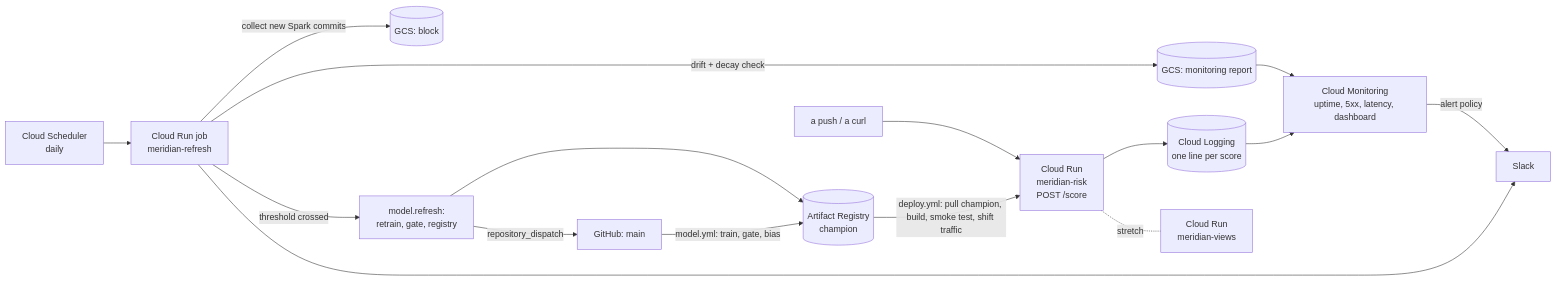
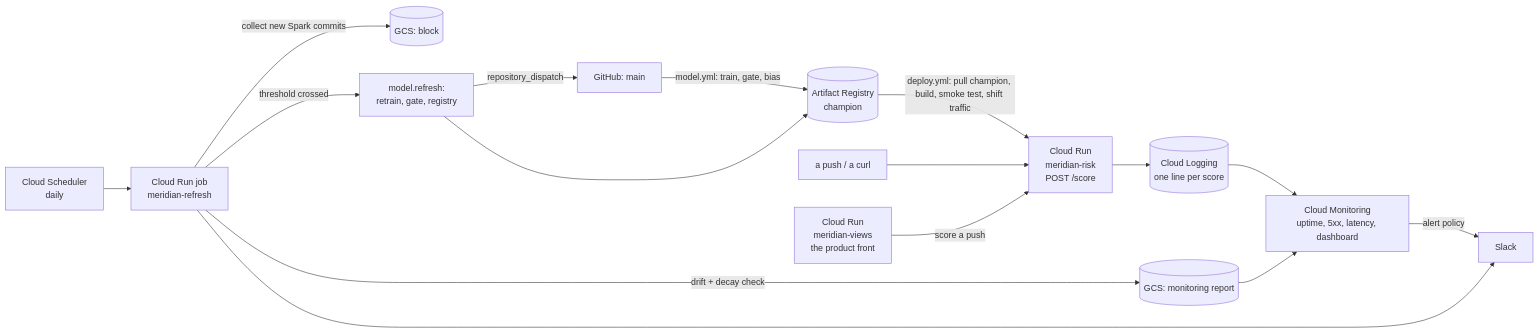
Before and after one commit to Itsme-aniketghosh/Meridian: the first of 2 diagrams in Model-Deployment/PLAN.md, drawn with Mermaid. The commit also changed other lines of this file and 6 other files, not shown here.

Commit message:
Phase 3 for the ML Expo (Dec 8): the views and a product front become required (S9, S11), a canary step, an SLO and cost panel, the demo script and rehearsals; S6 moves to Rochan, C2 after the expo

````diff
--- a/Model-Deployment/PLAN.md
+++ b/Model-Deployment/PLAN.md
@@ -39,18 +39,18 @@
 ```mermaid
 flowchart LR
   gh["GitHub: main"] -->|model.yml: train, gate, bias| reg[("Artifact Registry<br/>champion")]
   reg -->|deploy.yml: pull champion, build, smoke test, shift traffic| risk["Cloud Run<br/>meridian-risk<br/>POST /score"]
   push["a push / a curl"] --> risk
   risk --> logs[("Cloud Logging<br/>one line per score")]
   sched["Cloud Scheduler<br/>daily"] --> job["Cloud Run job<br/>meridian-refresh"]
   job -->|collect new Spark commits| blk[("GCS: block")]
   job -->|drift + decay check| mon[("GCS: monitoring report")]
   job -->|threshold crossed| retrain["model.refresh:<br/>retrain, gate, registry"]
   retrain --> reg
   retrain -->|repository_dispatch| gh
   logs --> cm["Cloud Monitoring<br/>uptime, 5xx, latency, dashboard"]
   mon --> cm
   cm -->|alert policy| slack["Slack"]
   job --> slack
-  risk -. stretch .- views["Cloud Run<br/>meridian-views"]
+  views["Cloud Run<br/>meridian-views<br/>the product front"] -->|score a push| risk
 ```
````
